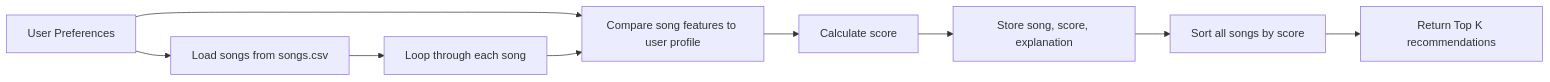
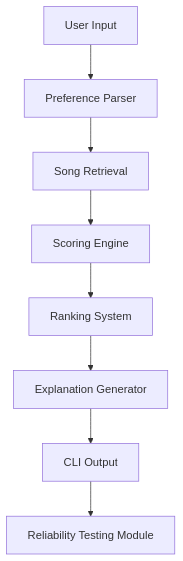
Before and after one commit to dhimysoft/applied-ai-system-project: the diagram in README.md, drawn with Mermaid. The commit also changed other lines of this file and 13 other files, not shown here.

````diff
--- a/README.md
+++ b/README.md
@@ -65,11 +42,10 @@
 ```mermaid
-flowchart LR
-   A[User Preferences] --> B[Load songs from songs.csv]
-   B --> C[Loop through each song]
-   A --> D[Compare song features to user profile]
-   C --> D
-   D --> E[Calculate score]
-   E --> F[Store song, score, explanation]
-   F --> G[Sort all songs by score]
-   G --> H[Return Top K recommendations]
+flowchart TD
+    A[User Input] --> B[Preference Parser]
+    B --> C[Song Retrieval]
+    C --> D[Scoring Engine]
+    D --> E[Ranking System]
+    E --> F[Explanation Generator]
+    F --> G[CLI Output]
+    G --> H[Reliability Testing Module]
 ```
````
